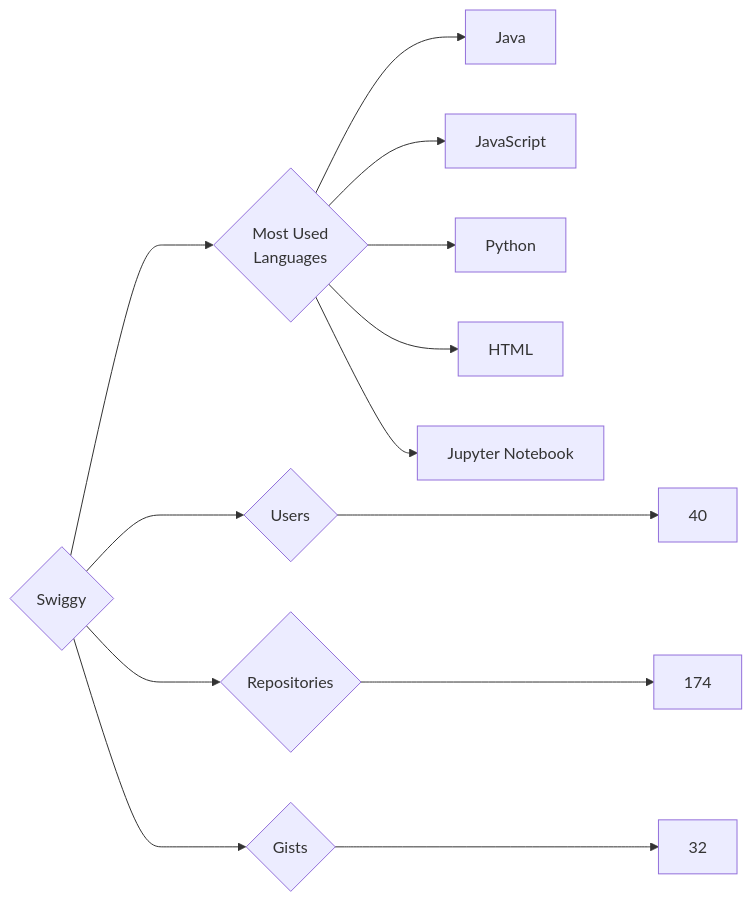
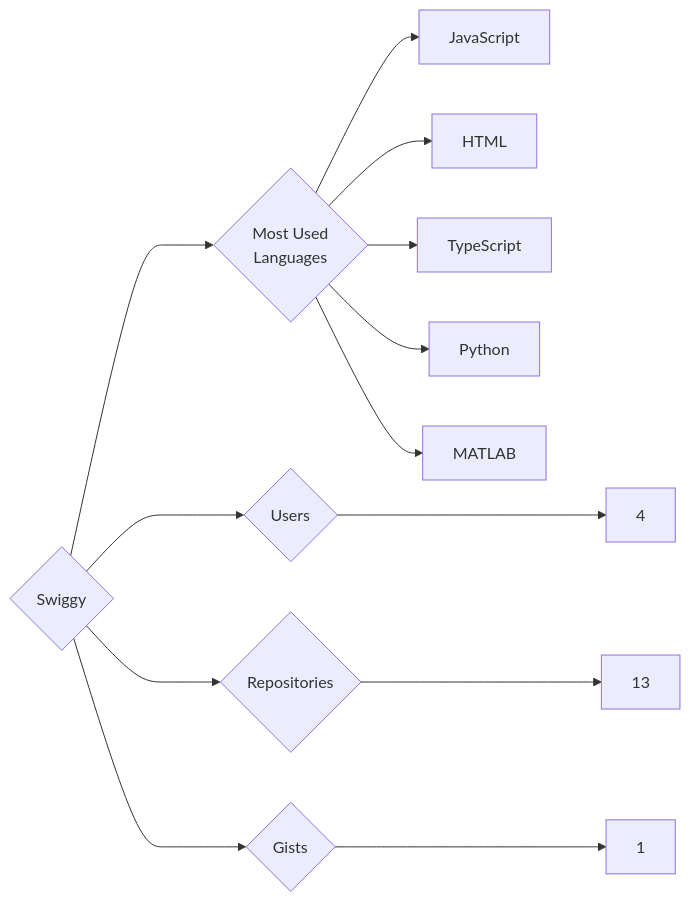
The diagram in targets/Swiggy/README.md (trickest/insiders), drawn with Mermaid before and after one commit. The commit also changed 787 other files, not shown here.

````diff
--- a/targets/Swiggy/README.md
+++ b/targets/Swiggy/README.md
@@ -3,13 +3,13 @@
 ```mermaid
 graph LR
 COMPANY_NAME{Swiggy}
-COMPANY_NAME ---> U{Users} ---> UN[40]
-COMPANY_NAME ---> R{Repositories} ---> RN[174]
-COMPANY_NAME ---> G{Gists} ---> GN[32]
+COMPANY_NAME ---> U{Users} ---> UN[4]
+COMPANY_NAME ---> R{Repositories} ---> RN[13]
+COMPANY_NAME ---> G{Gists} ---> GN[1]
 COMPANY_NAME ---> ML{Most Used<br>Languages}
-ML --> Java[Java]
 ML --> JavaScript[JavaScript]
+ML --> HTML[HTML]
+ML --> TypeScript[TypeScript]
 ML --> Python[Python]
-ML --> HTML[HTML]
-ML --> Jupyter_Notebook[Jupyter Notebook]
+ML --> MATLAB[MATLAB]
 ```
````
